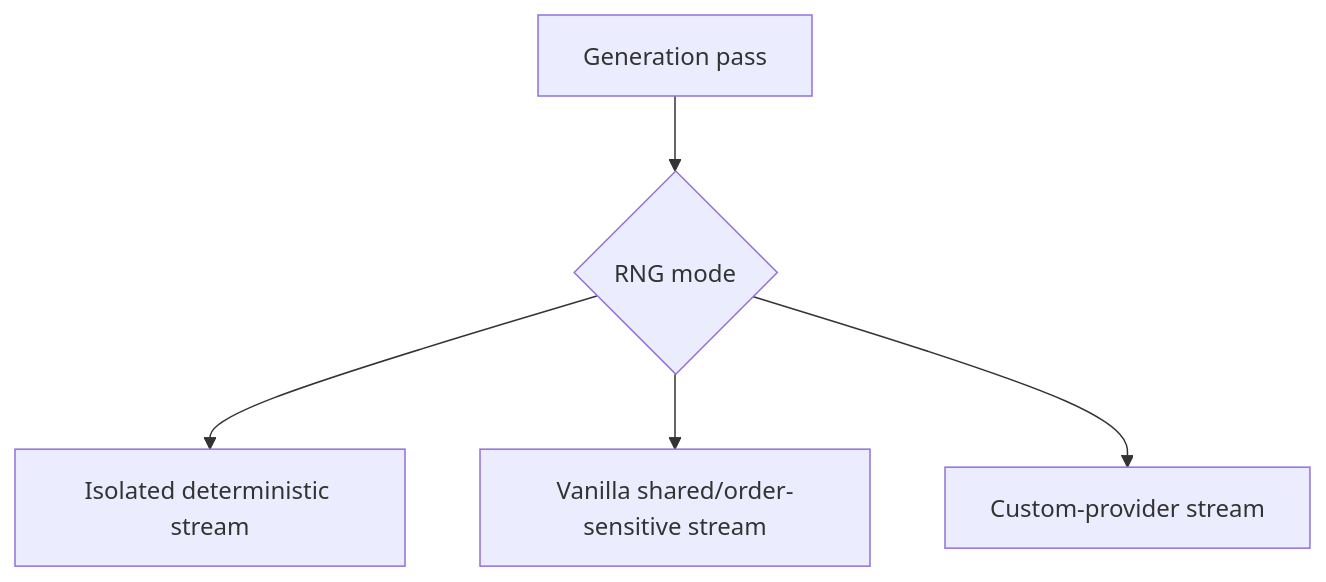
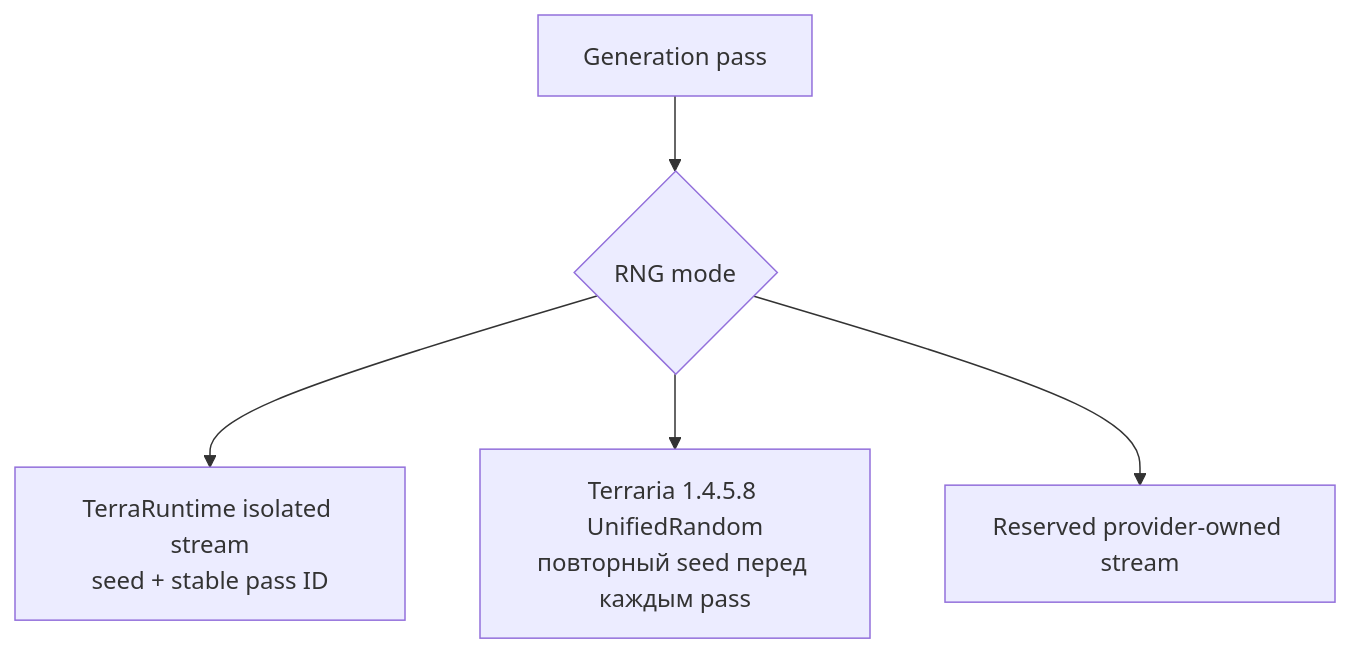
Before and after one commit to VegaKernel/TerraRuntime: the third of 4 diagrams in docs/ru/world-generation.md, drawn with Mermaid. The commit also changed other lines of this file, not shown here.

Commit message:
docs: describe pinned vanilla worldgen RNG semantics in Russian

````diff
--- a/docs/ru/world-generation.md
+++ b/docs/ru/world-generation.md
@@ -98,7 +98,7 @@
 ```mermaid
 flowchart TD
     Pass["Generation pass"] --> Mode{"RNG mode"}
-    Mode --> Isolated["Isolated deterministic stream"]
-    Mode --> Vanilla["Vanilla shared/order-sensitive stream"]
-    Mode --> Custom["Custom-provider stream"]
+    Mode --> Isolated["TerraRuntime isolated stream\nseed + stable pass ID"]
+    Mode --> Vanilla["Terraria 1.4.5.8 UnifiedRandom\nповторный seed перед каждым pass"]
+    Mode --> Custom["Reserved provider-owned stream"]
 ```
````
